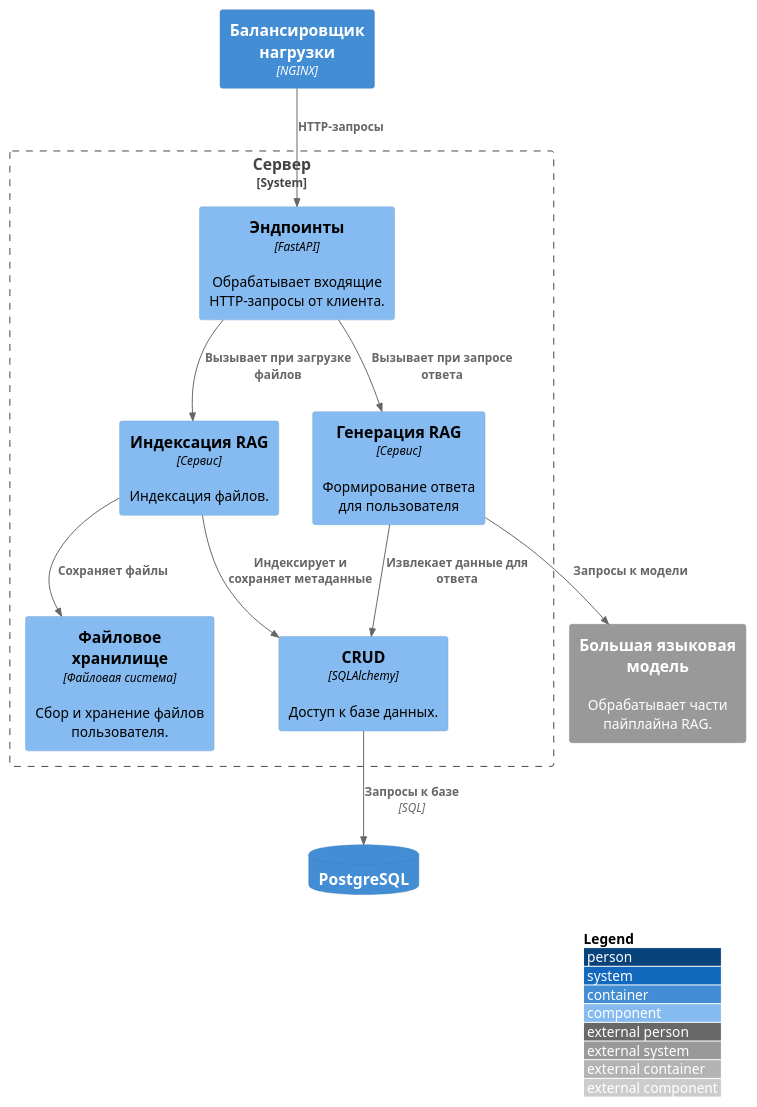
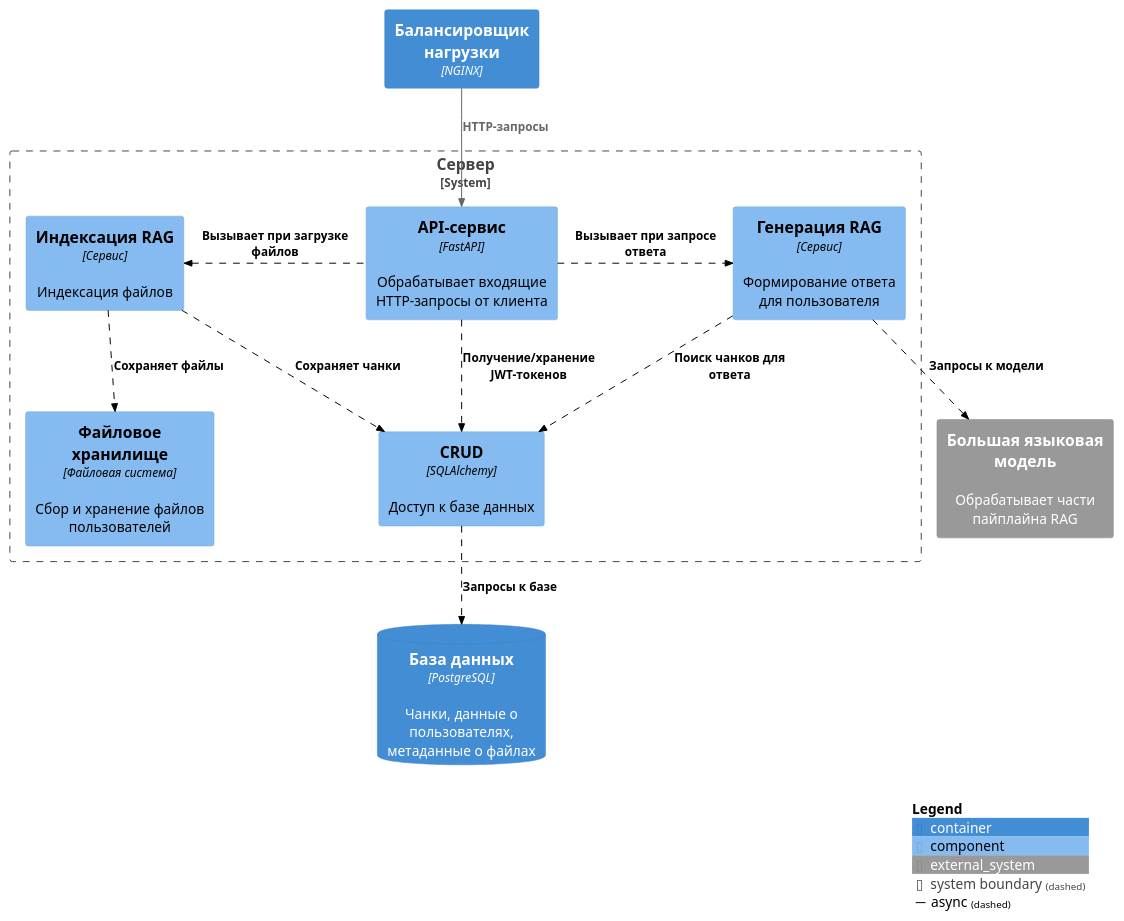
The diagram in diagrams/c3_server.puml (Syrenny/educ), drawn with PlantUML before and after one commit.

Commit message:
c3 diagram added

```diff
--- a/diagrams/c3_server.puml
+++ b/diagrams/c3_server.puml
@@ -1,31 +1,39 @@
 @startuml
 !includeurl https://raw.githubusercontent.com/plantuml-stdlib/C4-PlantUML/master/C4_Component.puml
 
+AddElementTag("async", $fontColor="black")
+AddRelTag("async", $textColor="black", $lineColor="black", $lineStyle = DashedLine())
+
 skinparam wrapWidth 180
-' skinparam linetype polyline
+' skinparam linetype ortho
 LAYOUT_WITH_LEGEND()
+LAYOUT_TOP_DOWN()
+
 ' LAYOUT_LANDSCAPE()
 
 Container(balancer, "Балансировщик нагрузки", "NGINX")
 
 System_Boundary(server_sys, "Сервер") {
-    Component(api, "Эндпоинты", "FastAPI", "Обрабатывает входящие HTTP-запросы от клиента.")
-    Component(file_storage, "Файловое хранилище", "Файловая система", "Сбор и хранение файлов пользователя.")
-    Component(indexation, "Индексация RAG", "Сервис", "Индексация файлов.")
+    Component(api, "API-сервис", "FastAPI", "Обрабатывает входящие HTTP-запросы от клиента")
+    Component(indexation, "Индексация RAG", "Сервис", "Индексация файлов")
     Component(generation, "Генерация RAG", "Сервис", "Формирование ответа для пользователя")
-    Component(db_client, "CRUD", "SQLAlchemy", "Доступ к базе данных.")
+    Component(file_storage, "Файловое хранилище", "Файловая система", "Сбор и хранение файлов пользователей")
+    Component(db_client, "CRUD", "SQLAlchemy", "Доступ к базе данных")
 }
 
-ContainerDb(db, "PostgreSQL")
-System_Ext(llm_api, "Большая языковая модель", "Обрабатывает части пайплайна RAG.")
+System_Ext(llm_api, "Большая языковая модель", "Обрабатывает части пайплайна RAG")
+ContainerDb(db, "База данных", "PostgreSQL", "Чанки, данные о пользователях, метаданные о файлах")
 
-Rel(balancer, api, "HTTP-запросы")
-Rel(api, indexation, "Вызывает при загрузке файлов")
-Rel(api, generation, "Вызывает при запросе ответа")
-Rel(indexation, file_storage, "Сохраняет файлы")
-Rel(indexation, db_client, "Индексирует и сохраняет метаданные")
-Rel(generation, db_client, "Извлекает данные для ответа")
-Rel(generation, llm_api, "Запросы к модели")
-Rel(db_client, db, "Запросы к базе", "SQL")
+Rel_Down(balancer, api, "HTTP-запросы")
+Rel_Left(api, indexation, "Вызывает при загрузке файлов", $tags="async")
+Rel(api, db_client, "Получение/хранение JWT-токенов", $tags="async")
+Rel_Right(api, generation, "Вызывает при запросе ответа", $tags="async")
+Rel_Down(indexation, file_storage, "Сохраняет файлы", $tags="async")
+Rel(indexation, db_client, "Сохраняет чанки", $tags="async")
+Rel(generation, db_client, "Поиск чанков для ответа", $tags="async")
+Rel(generation, llm_api, "Запросы к модели", $tags="async")
+Rel(db_client, db, "Запросы к базе", $tags="async")
+
+SHOW_LEGEND()
 
 @enduml
```
